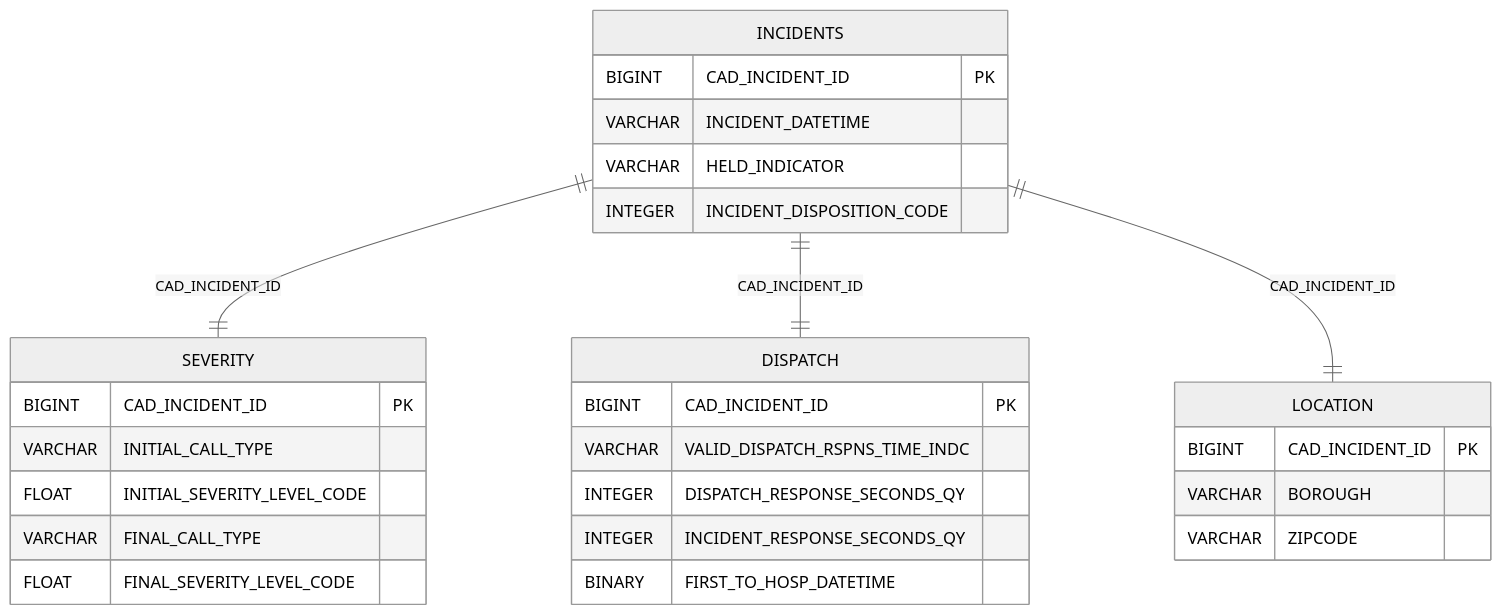
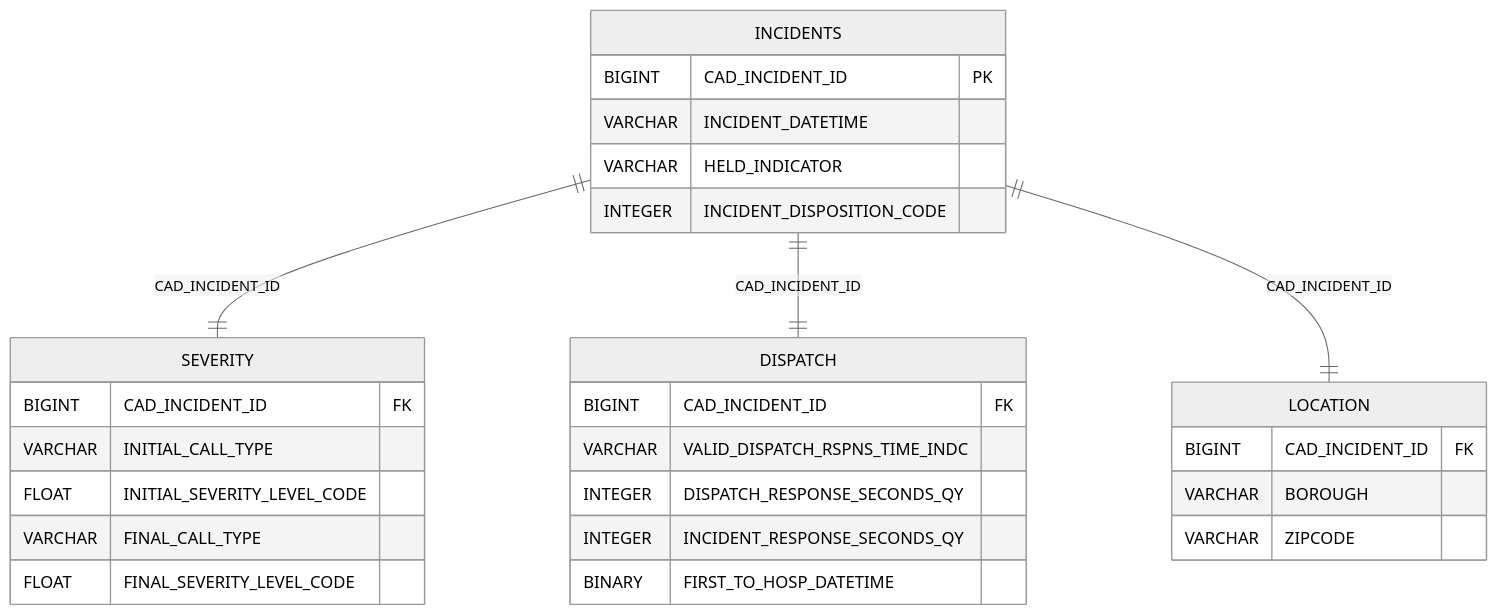
Before and after one commit to tcusick8/DS-4320-Project-1: the diagram in README.md, drawn with Mermaid (neutral theme).

Commit message:
Change CAD_INCIDENT_ID from PK to FK in README

````diff
--- a/README.md
+++ b/README.md
@@ -127,31 +127,31 @@
 ```mermaid
 erDiagram
   INCIDENTS {
     BIGINT CAD_INCIDENT_ID PK
     VARCHAR INCIDENT_DATETIME
     VARCHAR HELD_INDICATOR
     INTEGER INCIDENT_DISPOSITION_CODE
   }
   SEVERITY {
-    BIGINT CAD_INCIDENT_ID PK
+    BIGINT CAD_INCIDENT_ID FK
     VARCHAR INITIAL_CALL_TYPE
     FLOAT INITIAL_SEVERITY_LEVEL_CODE
     VARCHAR FINAL_CALL_TYPE
     FLOAT FINAL_SEVERITY_LEVEL_CODE
   }
   DISPATCH {
-    BIGINT CAD_INCIDENT_ID PK
+    BIGINT CAD_INCIDENT_ID FK
     VARCHAR VALID_DISPATCH_RSPNS_TIME_INDC
     INTEGER DISPATCH_RESPONSE_SECONDS_QY
     INTEGER INCIDENT_RESPONSE_SECONDS_QY
     BINARY FIRST_TO_HOSP_DATETIME
   }
   LOCATION {
-    BIGINT CAD_INCIDENT_ID PK
+    BIGINT CAD_INCIDENT_ID FK
     VARCHAR BOROUGH
     VARCHAR ZIPCODE
   }
   INCIDENTS ||--|| SEVERITY  : "CAD_INCIDENT_ID"
   INCIDENTS ||--|| DISPATCH  : "CAD_INCIDENT_ID"
   INCIDENTS ||--|| LOCATION  : "CAD_INCIDENT_ID"
 ```
````
